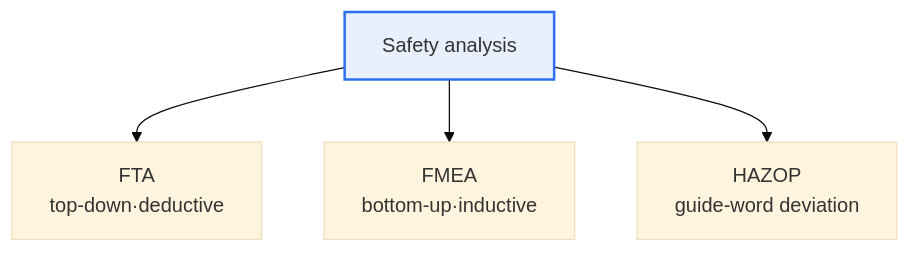
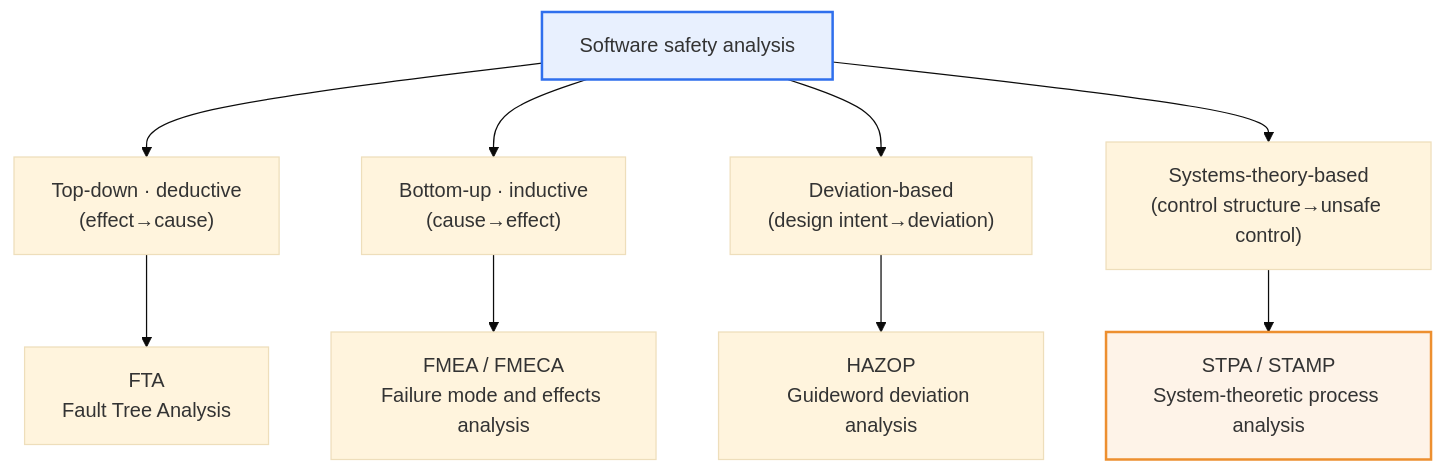
Before and after one commit to coninggu/wjdqhrhksflrltnftk: the first of 2 diagrams in content/en/software-safety-analysis.md, drawn with Mermaid (base theme). The commit also changed other lines of this file and 37 other files, not shown here.

````diff
--- a/content/en/software-safety-analysis.md
+++ b/content/en/software-safety-analysis.md
@@ -15,7 +19,13 @@
 ```mermaid
 flowchart TB
-  S[Safety analysis] --> F["FTA<br/>top-down·deductive"]
-  S --> M["FMEA<br/>bottom-up·inductive"]
-  S --> H["HAZOP<br/>guide-word deviation"]
+  S["Software safety analysis"] --> D["Top-down · deductive<br/>(effect→cause)"]
+  S --> U["Bottom-up · inductive<br/>(cause→effect)"]
+  S --> G["Deviation-based<br/>(design intent→deviation)"]
+  S --> T["Systems-theory-based<br/>(control structure→unsafe control)"]
+  D --> FTA["FTA<br/>Fault Tree Analysis"]
+  U --> FMEA["FMEA / FMECA<br/>Failure mode and effects analysis"]
+  G --> HAZOP["HAZOP<br/>Guideword deviation analysis"]
+  T --> STPA["STPA / STAMP<br/>System-theoretic process analysis"]
   style S fill:#e8f0fe,stroke:#2f6fed,stroke-width:2px
+  style STPA fill:#fef3e8,stroke:#ed8f2f,stroke-width:2px
 ```
````
